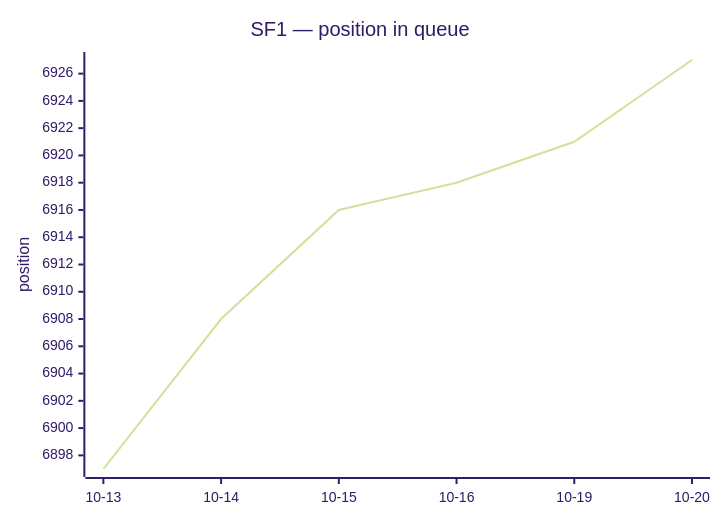
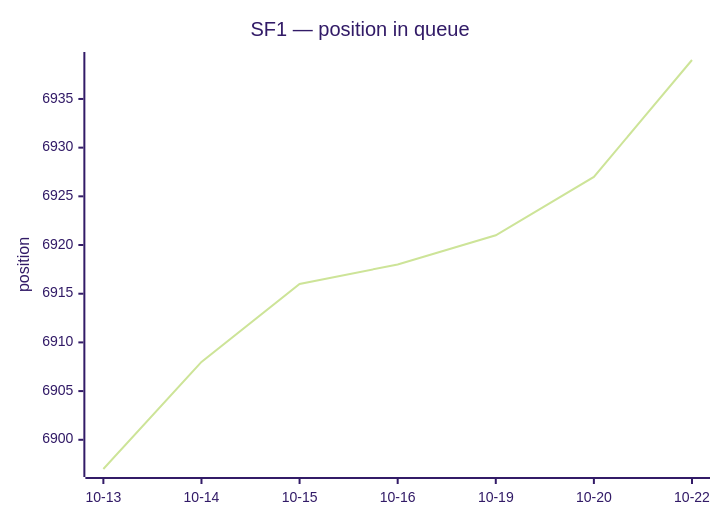
The first of 2 diagrams in queue/README.md (thyarles/thyarles), drawn with Mermaid (forest theme) before and after one commit. The commit also changed other lines of this file and 2 other files, not shown here.

````diff
--- a/queue/README.md
+++ b/queue/README.md
@@ -20,7 +20,7 @@
 ```mermaid
 xychart-beta
   title "SF1 — position in queue"
-  x-axis ["10-13", "10-14", "10-15", "10-16", "10-19", "10-20"]
+  x-axis ["10-13", "10-14", "10-15", "10-16", "10-19", "10-20", "10-22"]
   y-axis "position"
-  line [6897, 6908, 6916, 6918, 6921, 6927]
+  line [6897, 6908, 6916, 6918, 6921, 6927, 6939]
 ```
````
